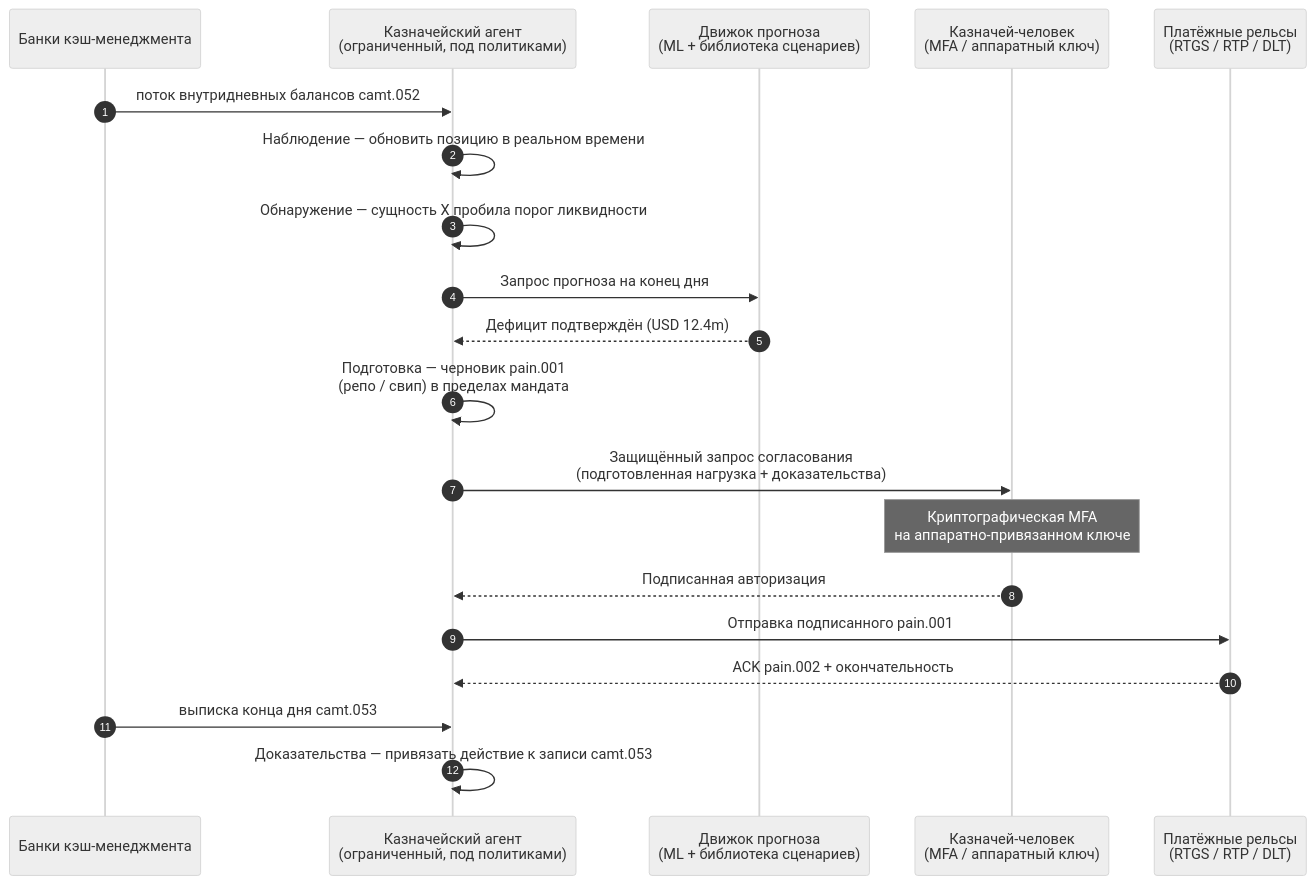
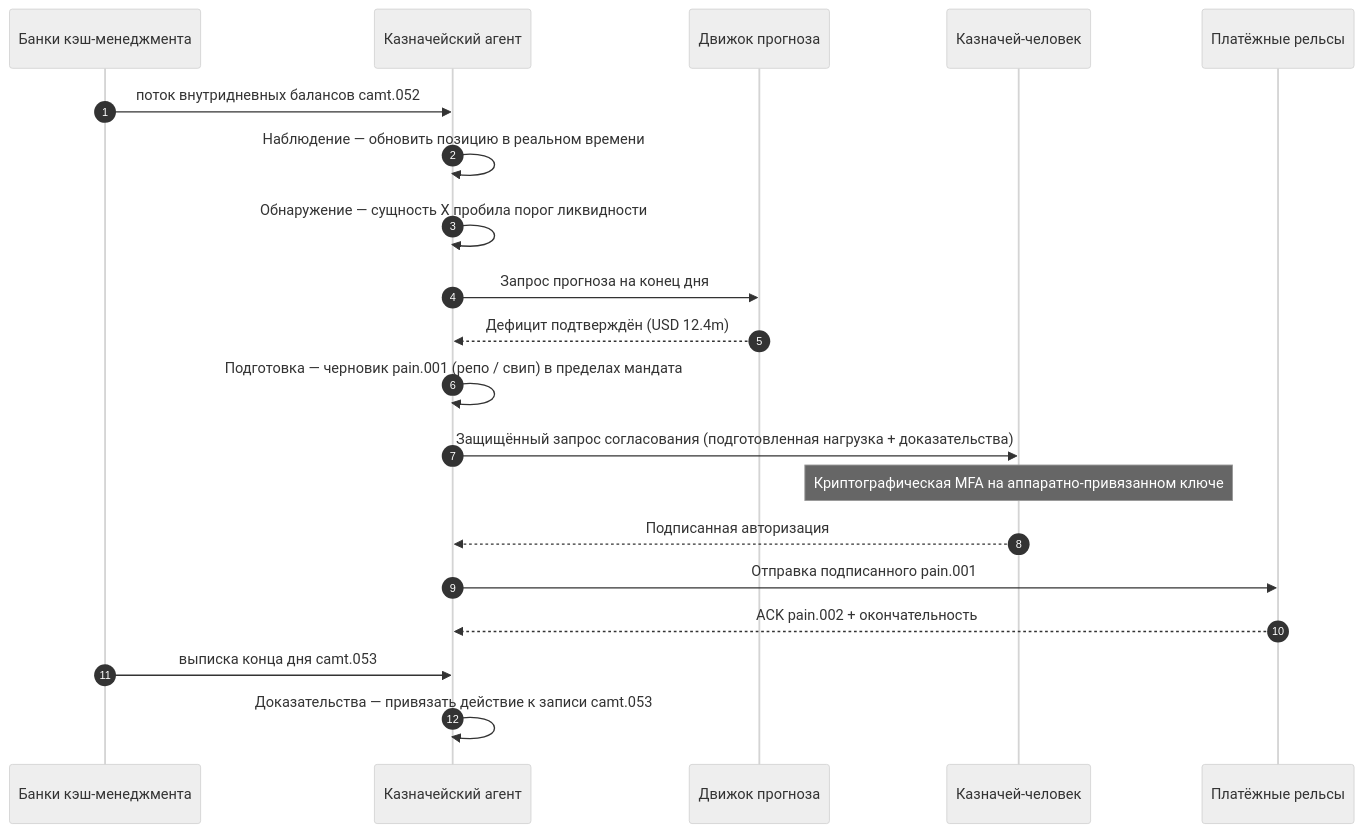
One commit to sebastienrousseau/sebastienrousseau.github.io changed the diagram in _posts/ru/2026-06-07-autonomous-treasury-index-programmable-liquidity-tokenised-deposits-2026.md. Above: the diagram before and after it, drawn with Mermaid (neutral theme). The commit also changed 2231 other files, not shown here.

First line of the commit message:
fix(mermaid): unblock Mermaid v10 rendering end-to-end (#198)

````diff
--- a/_posts/ru/2026-06-07-autonomous-treasury-index-programmable-liquidity-tokenised-deposits-2026.md
+++ b/_posts/ru/2026-06-07-autonomous-treasury-index-programmable-liquidity-tokenised-deposits-2026.md
@@ -154,23 +154,22 @@
 ```mermaid
 sequenceDiagram
     autonumber
     participant Banks as Банки кэш-менеджмента
-    participant Agent as Казначейский агент<br/>(ограниченный, под политиками)
-    participant Forecast as Движок прогноза<br/>(ML + библиотека сценариев)
-    participant Treasurer as Казначей-человек<br/>(MFA / аппаратный ключ)
-    participant Rails as Платёжные рельсы<br/>(RTGS / RTP / DLT)
-
+    participant Agent as Казначейский агент
+    participant Forecast as Движок прогноза
+    participant Treasurer as Казначей-человек
+    participant Rails as Платёжные рельсы
     Banks->>Agent: поток внутридневных балансов camt.052
     Agent->>Agent: Наблюдение — обновить позицию в реальном времени
     Agent->>Agent: Обнаружение — сущность X пробила порог ликвидности
     Agent->>Forecast: Запрос прогноза на конец дня
     Forecast-->>Agent: Дефицит подтверждён (USD 12.4m)
-    Agent->>Agent: Подготовка — черновик pain.001<br/>(репо / свип) в пределах мандата
-    Agent->>Treasurer: Защищённый запрос согласования<br/>(подготовленная нагрузка + доказательства)
-    Note over Treasurer: Криптографическая MFA<br/>на аппаратно-привязанном ключе
+    Agent->>Agent: Подготовка — черновик pain.001 (репо / свип) в пределах мандата
+    Agent->>Treasurer: Защищённый запрос согласования (подготовленная нагрузка + доказательства)
+    Note over Treasurer: Криптографическая MFA на аппаратно-привязанном ключе
     Treasurer-->>Agent: Подписанная авторизация
     Agent->>Rails: Отправка подписанного pain.001
     Rails-->>Agent: ACK pain.002 + окончательность
     Banks->>Agent: выписка конца дня camt.053
     Agent->>Agent: Доказательства — привязать действие к записи camt.053
 ```
````
